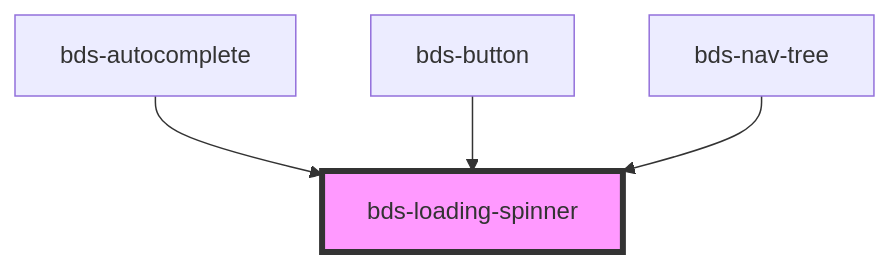
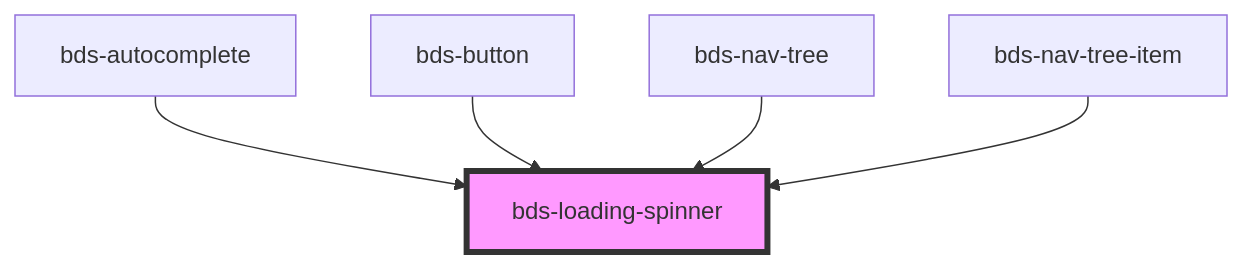
The diagram in src/components/loading-spinner/readme.md (takenet/blip-ds), drawn with Mermaid before and after one commit. The commit also changed other lines of this file and 6 other files, not shown here.

Commit message:
fix(nav-tree-item): insert status disable and loading

````diff
--- a/src/components/loading-spinner/readme.md
+++ b/src/components/loading-spinner/readme.md
@@ -27,7 +28,8 @@
 ```mermaid
 graph TD;
   bds-autocomplete --> bds-loading-spinner
   bds-button --> bds-loading-spinner
   bds-nav-tree --> bds-loading-spinner
+  bds-nav-tree-item --> bds-loading-spinner
   style bds-loading-spinner fill:#f9f,stroke:#333,stroke-width:4px
 ```
````
